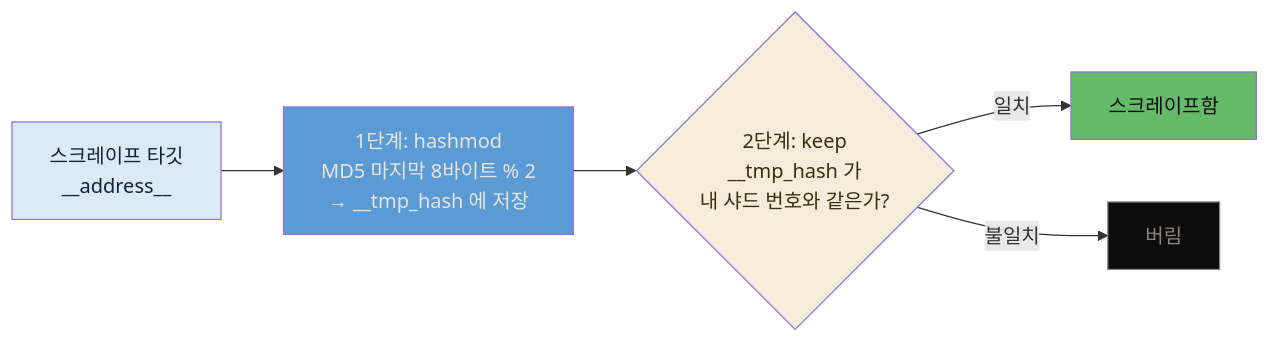
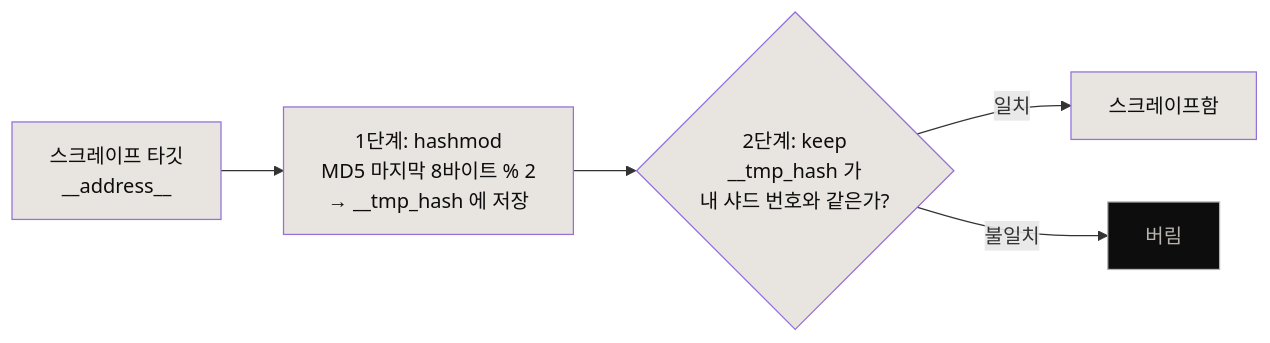
One commit to scofe97/StduyWrite changed the diagram in write/06_observability/book/mastering_prometheus/06-01.샤딩·페더레이션·고가용성.md. Above: the diagram before and after it, drawn with Mermaid. The commit also changed other lines of this file and 113 other files, not shown here.

````diff
--- a/write/06_observability/book/mastering_prometheus/06-01.샤딩·페더레이션·고가용성.md
+++ b/write/06_observability/book/mastering_prometheus/06-01.샤딩·페더레이션·고가용성.md
@@ -141,12 +154,12 @@
 ```mermaid
 flowchart LR
     A["스크레이프 타깃<br/>__address__"] --> B["1단계: hashmod<br/>MD5 마지막 8바이트 % 2<br/>→ __tmp_hash 에 저장"]
     B --> C{"2단계: keep<br/>__tmp_hash 가<br/>내 샤드 번호와 같은가?"}
     C -->|"일치"| D["스크레이프함"]
     C -->|"불일치"| E["버림"]
-    style A fill:#dceaf7,color:#10243a
-    style B fill:#5b9bd5,color:#e8e4df
-    style C fill:#f5edda,color:#3a2f10
-    style D fill:#66bb6a,color:#0d0d0d
-    style E fill:#0d0d0d,color:#8a8580,stroke:#8a8580
+    style A fill:#e8e4df,color:#0d0d0d
+    style B fill:#e8e4df,color:#0d0d0d
+    style C fill:#e8e4df,color:#0d0d0d
+    style D fill:#e8e4df,color:#0d0d0d
+    style E fill:#0d0d0d,color:#b8b3ad,stroke:#b8b3ad
 ```
````
